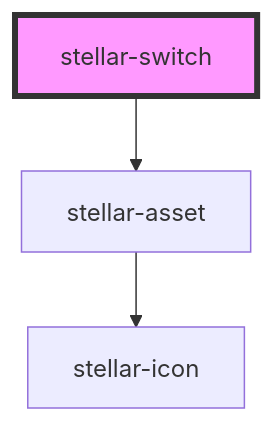
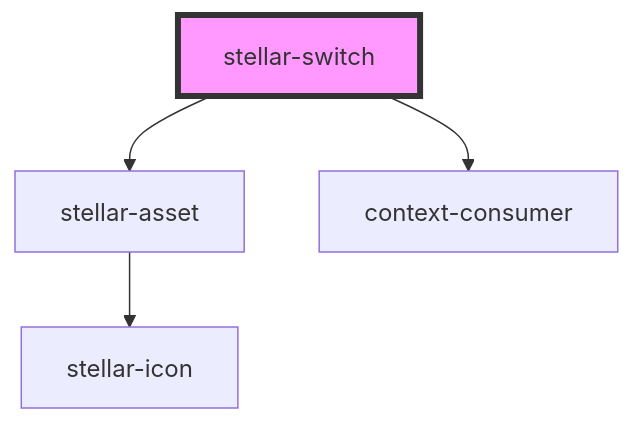
One commit to splitinfinities/Stellar changed the diagram in src/components/forms/switch/readme.md. Above: the diagram before and after it, drawn with Mermaid. The commit also changed other lines of this file and 44 other files, not shown here.

````diff
--- a/src/components/forms/switch/readme.md
+++ b/src/components/forms/switch/readme.md
@@ -56,6 +58,7 @@
 ```mermaid
 graph TD;
   stellar-switch --> stellar-asset
+  stellar-switch --> context-consumer
   stellar-asset --> stellar-icon
   style stellar-switch fill:#f9f,stroke:#333,stroke-width:4px
 ```
````
